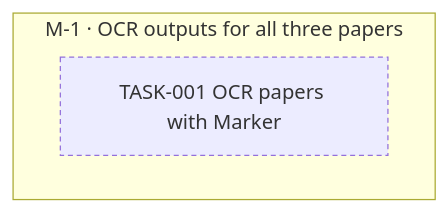
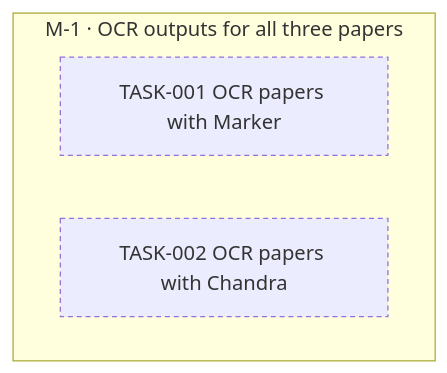
One commit to jesusvillota/replicate changed the diagram in goals/ocr-papers/README.md. Above: the diagram before and after it, drawn with Mermaid. The commit also changed 1 other file, not shown here.

Commit message:
goal(ocr-papers): add TASK-002 OCR papers with Chandra

````diff
--- a/goals/ocr-papers/README.md
+++ b/goals/ocr-papers/README.md
@@ -19,10 +19,12 @@
 ```mermaid
 flowchart TD
   subgraph M_1["M-1 · OCR outputs for all three papers"]
     TASK_001["TASK-001 OCR papers with Marker"]
+    TASK_002["TASK-002 OCR papers with Chandra"]
   end
   classDef draft stroke-dasharray: 4 3
   classDef cancelled opacity:0.45
   classDef decision fill:#f3e8ff,stroke:#7c3aed
   class TASK_001 draft
+  class TASK_002 draft
 ```
````
